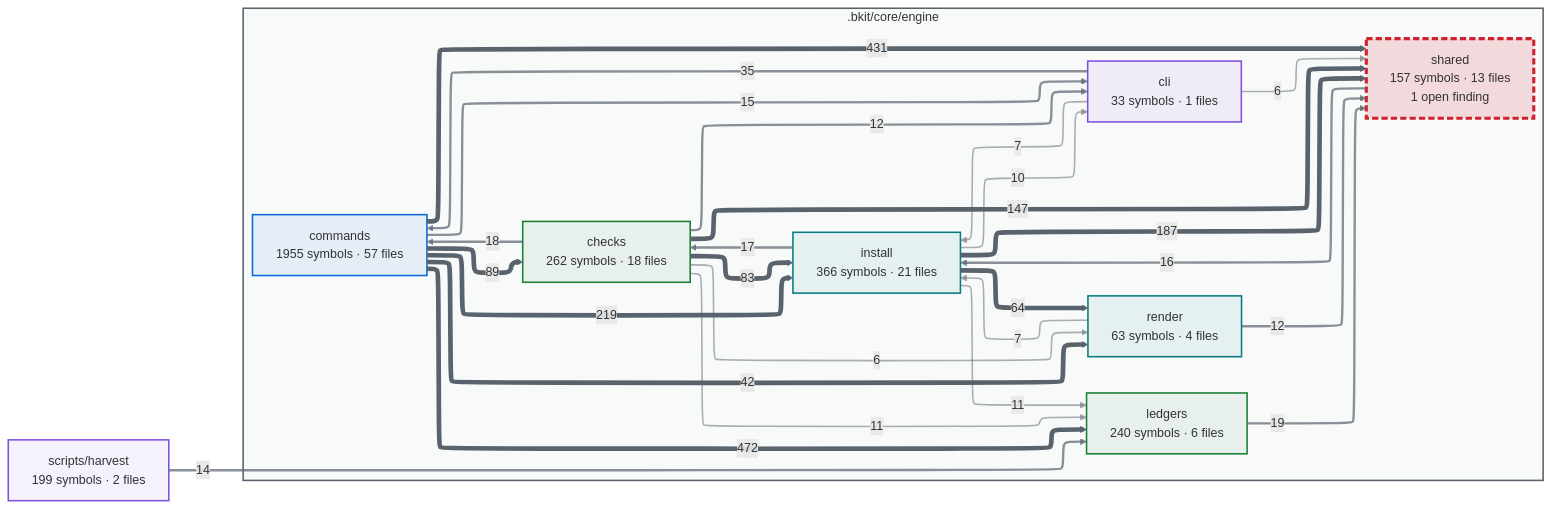
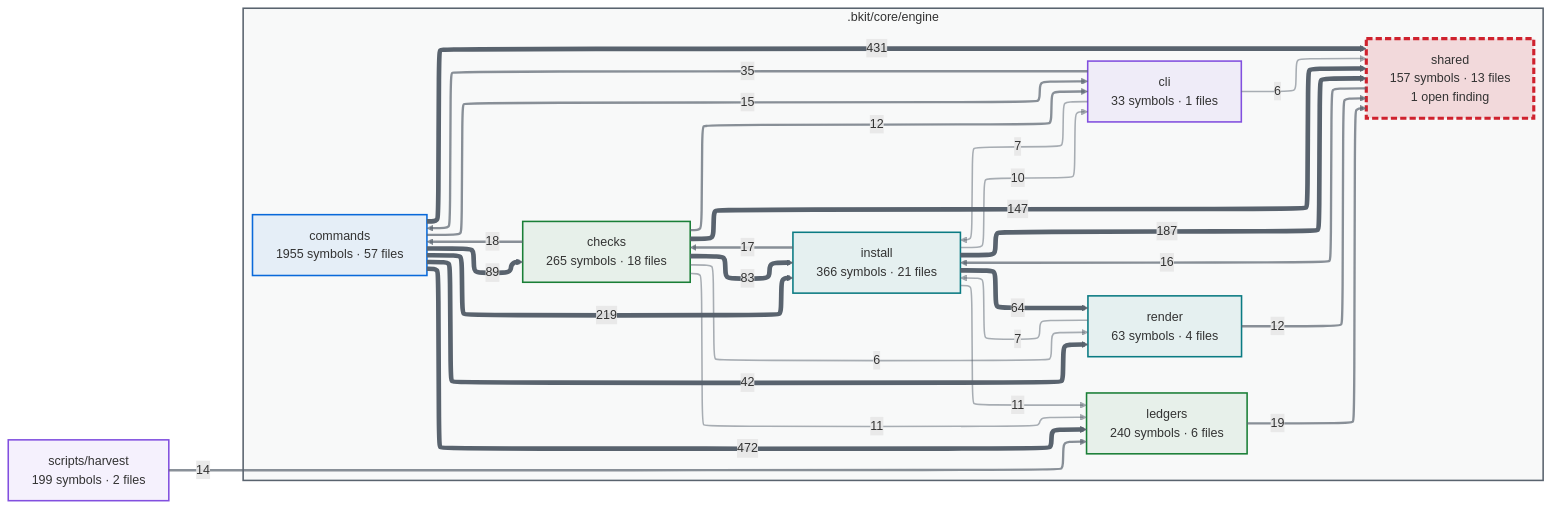
One commit to cbartens/bkit changed the first of 2 diagrams in docs/capabilities.md. Above: the diagram before and after it, drawn with Mermaid. The commit also changed other lines of this file and 3 other files, not shown here.

````diff
--- a/docs/capabilities.md
+++ b/docs/capabilities.md
@@ -116,80 +116,80 @@
 ```mermaid
 ---
 config:
   layout: elk
   themeCSS: "marker { overflow: visible; } marker path { transform: scale(1.8); transform-origin: 5px 5px; }"
   flowchart:
     useMaxWidth: false
 ---
 flowchart LR
   %% Generated by bkit-graphify-rollup.py — do not edit
   subgraph gn_bkit_core_engine[".bkit/core/engine"]
-    n_bkit_core_engine_checks["checks<br/>262 symbols · 18 files"]
+    n_bkit_core_engine_checks["checks<br/>265 symbols · 18 files"]
     n_bkit_core_engine_cli["cli<br/>33 symbols · 1 files"]
     n_bkit_core_engine_commands["commands<br/>1955 symbols · 57 files"]
     n_bkit_core_engine_install["install<br/>366 symbols · 21 files"]
     n_bkit_core_engine_ledgers["ledgers<br/>240 symbols · 6 files"]
     n_bkit_core_engine_render["render<br/>63 symbols · 4 files"]
     n_bkit_core_engine_shared["shared<br/>157 symbols · 13 files<br/>1 open finding"]
   end
   nscripts_harvest["scripts/harvest<br/>199 symbols · 2 files"]
   n_bkit_core_engine_commands -->|472| n_bkit_core_engine_ledgers
   n_bkit_core_engine_commands -->|431| n_bkit_core_engine_shared
   n_bkit_core_engine_commands -->|219| n_bkit_core_engine_install
   n_bkit_core_engine_install -->|187| n_bkit_core_engine_shared
   n_bkit_core_engine_checks -->|147| n_bkit_core_engine_shared
   n_bkit_core_engine_commands -->|89| n_bkit_core_engine_checks
   n_bkit_core_engine_checks -->|83| n_bkit_core_engine_install
   n_bkit_core_engine_install -->|64| n_bkit_core_engine_render
   n_bkit_core_engine_commands -->|42| n_bkit_core_engine_render
   n_bkit_core_engine_cli -->|35| n_bkit_core_engine_commands
   n_bkit_core_engine_ledgers -->|19| n_bkit_core_engine_shared
   n_bkit_core_engine_checks -->|18| n_bkit_core_engine_commands
   n_bkit_core_engine_install -->|17| n_bkit_core_engine_checks
   n_bkit_core_engine_shared -->|16| n_bkit_core_engine_install
   n_bkit_core_engine_commands -->|15| n_bkit_core_engine_cli
   nscripts_harvest -->|14| n_bkit_core_engine_ledgers
   n_bkit_core_engine_checks -->|12| n_bkit_core_engine_cli
   n_bkit_core_engine_render -->|12| n_bkit_core_engine_shared
   n_bkit_core_engine_checks -->|11| n_bkit_core_engine_ledgers
   n_bkit_core_engine_install -->|11| n_bkit_core_engine_ledgers
   n_bkit_core_engine_install -->|10| n_bkit_core_engine_cli
   n_bkit_core_engine_cli -->|7| n_bkit_core_engine_install
   n_bkit_core_engine_render -->|7| n_bkit_core_engine_install
   n_bkit_core_engine_checks -->|6| n_bkit_core_engine_render
   n_bkit_core_engine_cli -->|6| n_bkit_core_engine_shared
   style gn_bkit_core_engine fill:#59636e0a,stroke:#59636e,stroke-width:2px
   style n_bkit_core_engine_checks stroke:#1a7f37,stroke-width:2px,fill:#1a7f3714
   style n_bkit_core_engine_cli stroke:#8250df,stroke-width:2px,fill:#8250df14
   style n_bkit_core_engine_commands stroke:#0969da,stroke-width:2px,fill:#0969da14
   style n_bkit_core_engine_install stroke:#0a7b83,stroke-width:2px,fill:#0a7b8314
   style n_bkit_core_engine_ledgers stroke:#1a7f37,stroke-width:2px,fill:#1a7f3714
   style n_bkit_core_engine_render stroke:#0a7b83,stroke-width:2px,fill:#0a7b8314
   style n_bkit_core_engine_shared stroke:#cf222e,stroke-width:4px,stroke-dasharray:8 4,fill:#cf222e26
   style nscripts_harvest stroke:#8250df,stroke-width:2px,fill:#8250df14
   linkStyle 0 stroke:#59636e,stroke-width:6px
   linkStyle 1 stroke:#59636e,stroke-width:6px
   linkStyle 2 stroke:#59636e,stroke-width:6px
   linkStyle 3 stroke:#59636e,stroke-width:6px
   linkStyle 4 stroke:#59636e,stroke-width:6px
   linkStyle 5 stroke:#59636e,stroke-width:6px
   linkStyle 6 stroke:#59636e,stroke-width:6px
   linkStyle 7 stroke:#59636e,stroke-width:6px
   linkStyle 8 stroke:#59636e,stroke-width:6px
   linkStyle 9 stroke:#59636eb3,stroke-width:3px
   linkStyle 10 stroke:#59636eb3,stroke-width:3px
   linkStyle 11 stroke:#59636eb3,stroke-width:3px
   linkStyle 12 stroke:#59636eb3,stroke-width:3px
   linkStyle 13 stroke:#59636eb3,stroke-width:3px
   linkStyle 14 stroke:#59636eb3,stroke-width:3px
   linkStyle 15 stroke:#59636eb3,stroke-width:3px
   linkStyle 16 stroke:#59636eb3,stroke-width:3px
   linkStyle 17 stroke:#59636eb3,stroke-width:3px
   linkStyle 18 stroke:#59636e80,stroke-width:2px
   linkStyle 19 stroke:#59636e80,stroke-width:2px
   linkStyle 20 stroke:#59636e80,stroke-width:2px
   linkStyle 21 stroke:#59636e80,stroke-width:2px
   linkStyle 22 stroke:#59636e80,stroke-width:2px
   linkStyle 23 stroke:#59636e80,stroke-width:2px
   linkStyle 24 stroke:#59636e80,stroke-width:2px
 ```
````
